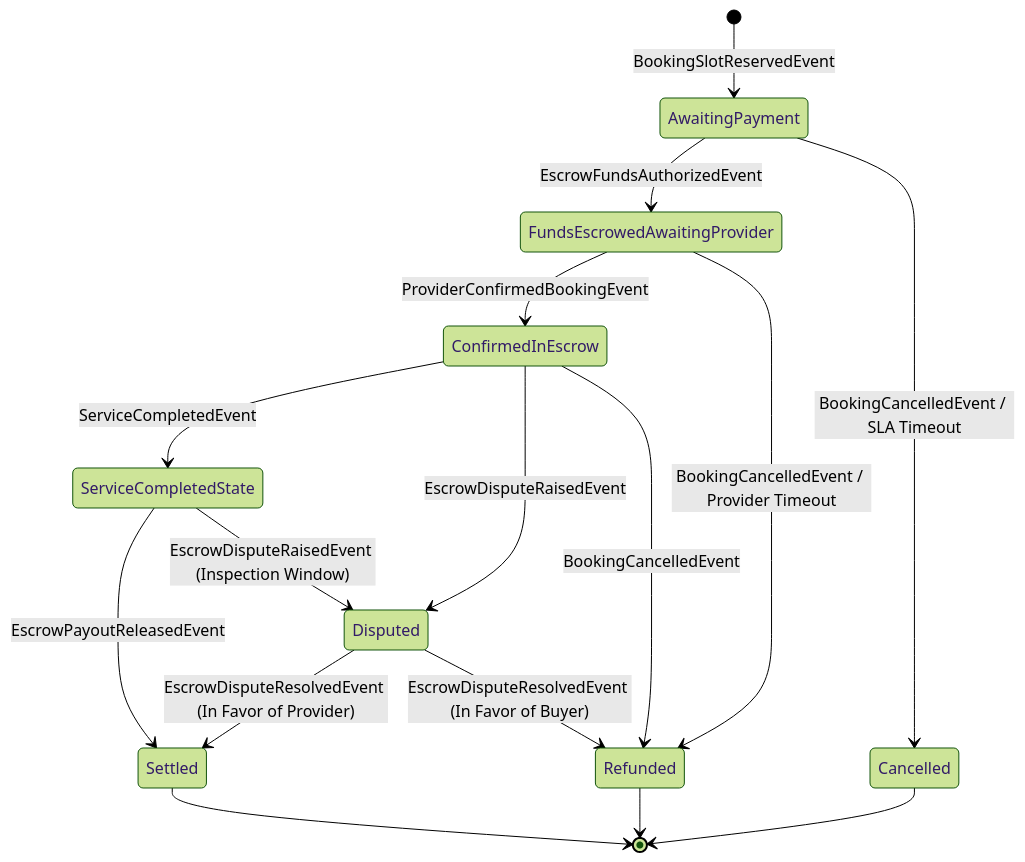
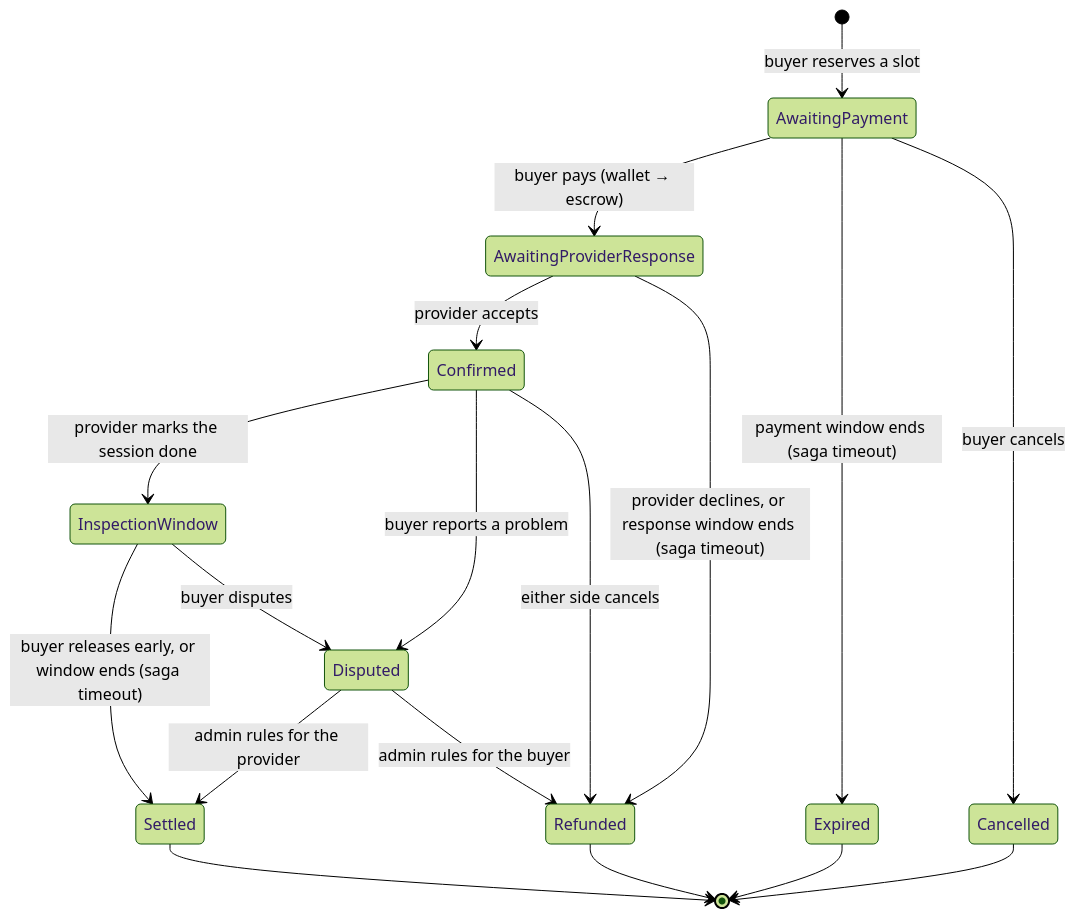
Before and after one commit to Nasju666/event-driven-escrow: the first of 2 diagrams in README.md, drawn with Mermaid (forest theme). The commit also changed other lines of this file and 68 other files, not shown here.

Commit message:
feat: complete real-time escrow & booking marketplace with event-driven workflows

````diff
--- a/README.md
+++ b/README.md
@@ -83,24 +19,25 @@
 ```mermaid
 stateDiagram-v2
-    [*] --> AwaitingPayment : BookingSlotReservedEvent
-    
-    AwaitingPayment --> FundsEscrowedAwaitingProvider : EscrowFundsAuthorizedEvent
-    AwaitingPayment --> Cancelled : BookingCancelledEvent / SLA Timeout
-    
-    FundsEscrowedAwaitingProvider --> ConfirmedInEscrow : ProviderConfirmedBookingEvent
-    FundsEscrowedAwaitingProvider --> Refunded : BookingCancelledEvent / Provider Timeout
-    
-    ConfirmedInEscrow --> ServiceCompletedState : ServiceCompletedEvent
-    ConfirmedInEscrow --> Disputed : EscrowDisputeRaisedEvent
-    ConfirmedInEscrow --> Refunded : BookingCancelledEvent
-    
-    ServiceCompletedState --> Settled : EscrowPayoutReleasedEvent
-    ServiceCompletedState --> Disputed : EscrowDisputeRaisedEvent (Inspection Window)
-    
-    Disputed --> Settled : EscrowDisputeResolvedEvent (In Favor of Provider)
-    Disputed --> Refunded : EscrowDisputeResolvedEvent (In Favor of Buyer)
+    [*] --> AwaitingPayment : buyer reserves a slot
+    AwaitingPayment --> AwaitingProviderResponse : buyer pays (wallet → escrow)
+    AwaitingPayment --> Expired : payment window ends (saga timeout)
+    AwaitingPayment --> Cancelled : buyer cancels
+
+    AwaitingProviderResponse --> Confirmed : provider accepts
+    AwaitingProviderResponse --> Refunded : provider declines, or response window ends (saga timeout)
+
+    Confirmed --> InspectionWindow : provider marks the session done
+    Confirmed --> Disputed : buyer reports a problem
+    Confirmed --> Refunded : either side cancels
+
+    InspectionWindow --> Settled : buyer releases early, or window ends (saga timeout)
+    InspectionWindow --> Disputed : buyer disputes
+
+    Disputed --> Settled : admin rules for the provider
+    Disputed --> Refunded : admin rules for the buyer
 
     Settled --> [*]
     Refunded --> [*]
+    Expired --> [*]
     Cancelled --> [*]
 ```
````
